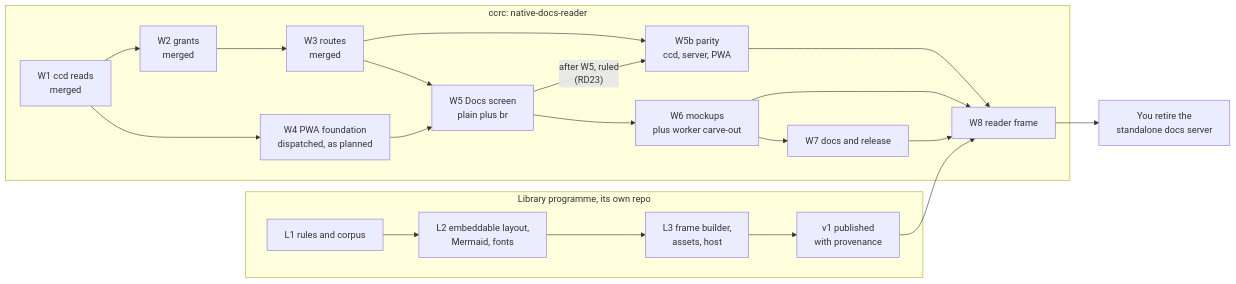
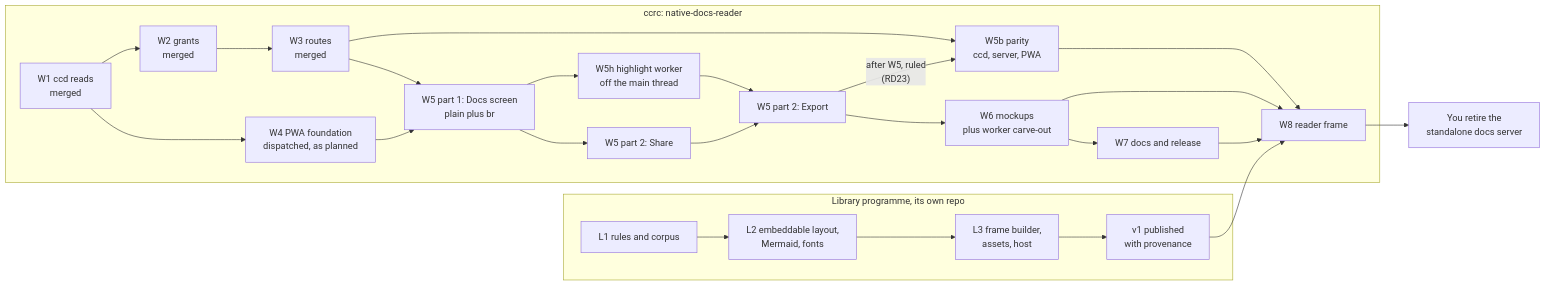
The third of 4 diagrams in docs/superpowers/specs/2026-10-12-rich-docs-reader-and-shared-renderer-design.md (Synapsium-Labs/ccrc-pwa), drawn with Mermaid before and after one commit. The commit also changed other lines of this file and 2 other files, not shown here.

Commit message:
docs(native-docs-reader): W5h amendment, first draft (off-main-thread highlighting)

````diff
--- a/docs/superpowers/specs/2026-10-12-rich-docs-reader-and-shared-renderer-design.md
+++ b/docs/superpowers/specs/2026-10-12-rich-docs-reader-and-shared-renderer-design.md
@@ -608,20 +611,24 @@
 ```mermaid
 flowchart LR
   subgraph NDR["ccrc: native-docs-reader"]
     W1["W1 ccd reads<br/>merged"] --> W2["W2 grants<br/>merged"] --> W3["W3 routes<br/>merged"]
     W1 --> W4["W4 PWA foundation<br/>dispatched, as planned"]
-    W3 --> W5["W5 Docs screen<br/>plain plus br"]
+    W3 --> W5["W5 part 1: Docs screen<br/>plain plus br"]
     W4 --> W5
+    W5 --> W5h["W5h highlight worker<br/>off the main thread"]
+    W5 --> W5s["W5 part 2: Share"]
+    W5h --> W5e["W5 part 2: Export"]
+    W5s --> W5e
     W3 --> W5b["W5b parity<br/>ccd, server, PWA"]
-    W5 -->|"after W5, ruled<br/>(RD23)"| W5b
-    W5 --> W6["W6 mockups<br/>plus worker carve-out"] --> W7["W7 docs and release"]
+    W5e -->|"after W5, ruled<br/>(RD23)"| W5b
+    W5e --> W6["W6 mockups<br/>plus worker carve-out"] --> W7["W7 docs and release"]
     W5b --> W8["W8 reader frame"]
     W6 --> W8
     W7 --> W8
   end
   subgraph LIBP["Library programme, its own repo"]
     LA["L1 rules and corpus"] --> LB["L2 embeddable layout,<br/>Mermaid, fonts"] --> LC["L3 frame builder,<br/>assets, host"] --> V1["v1 published<br/>with provenance"]
   end
   V1 --> W8
   W8 --> RET["You retire the<br/>standalone docs server"]
 ```
````
